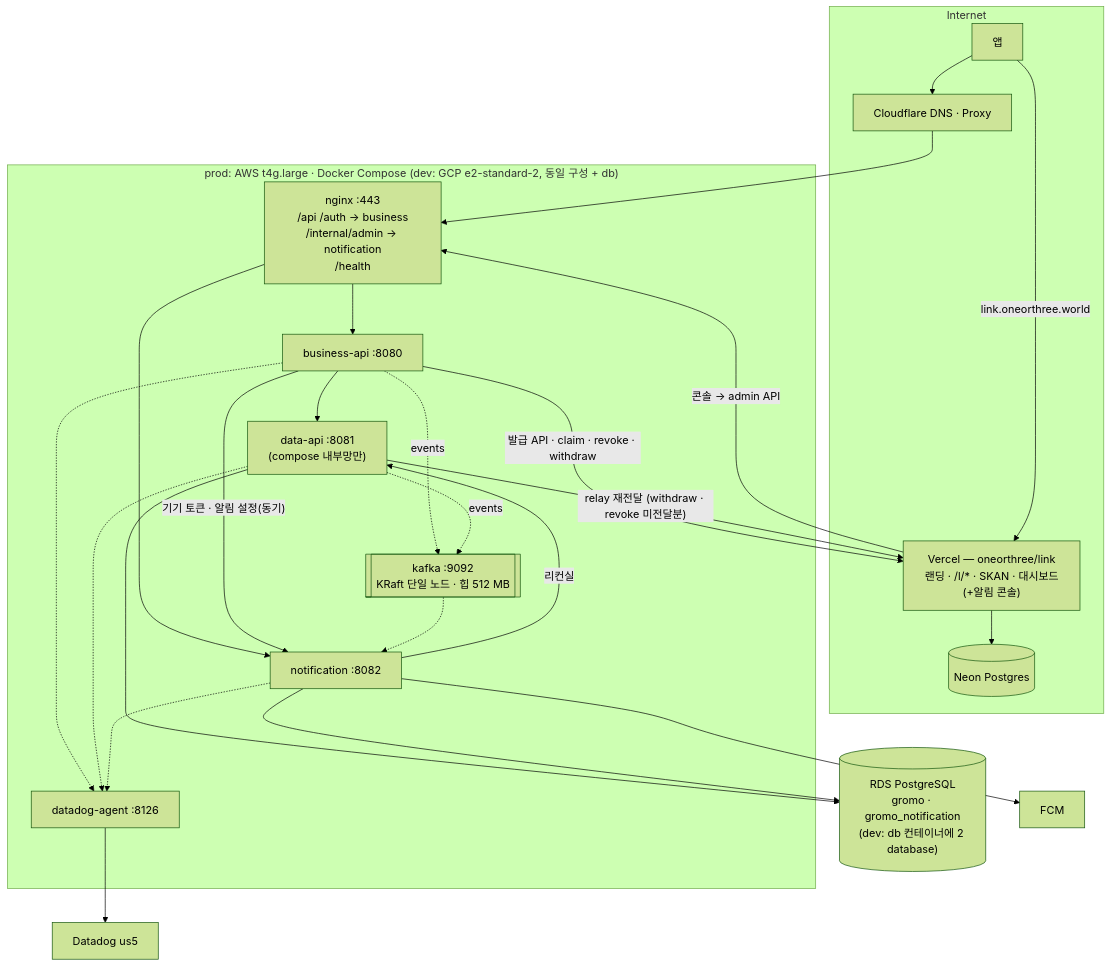
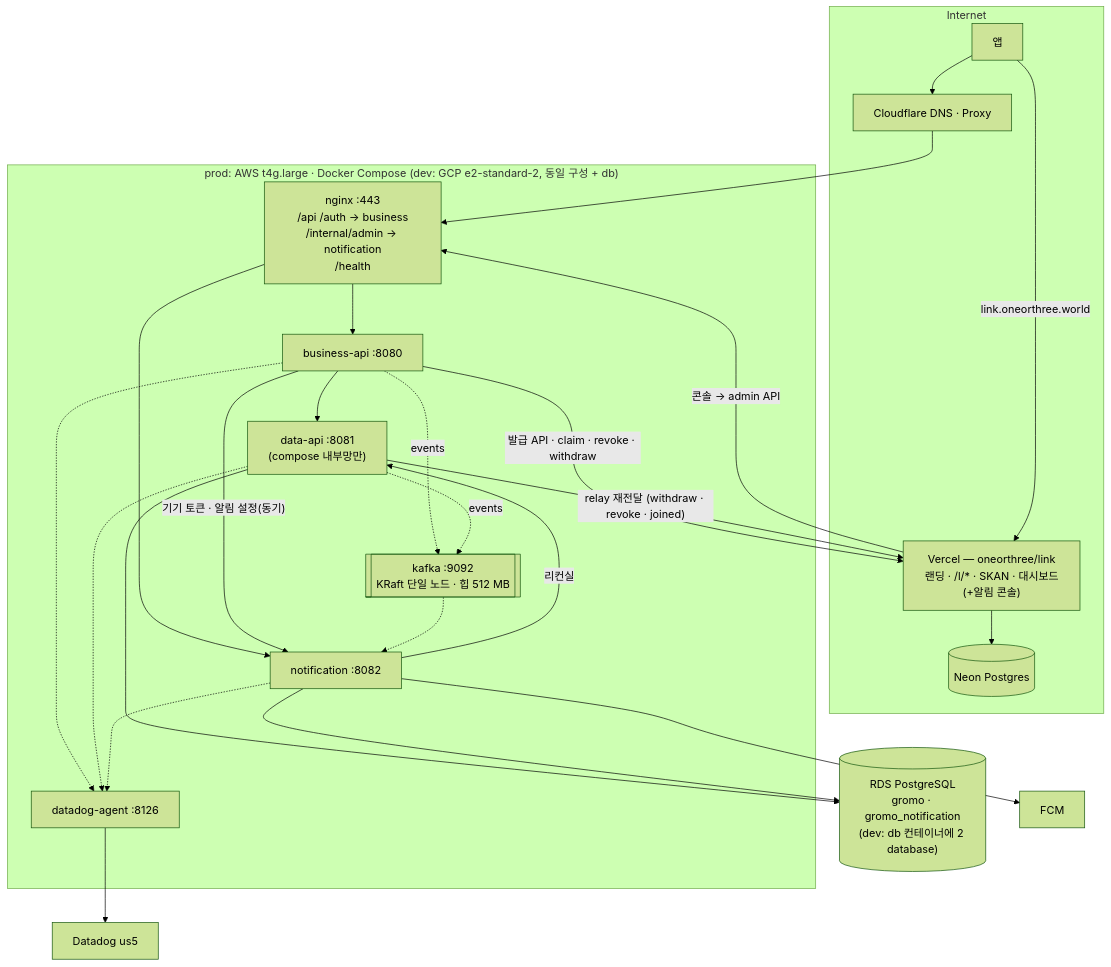
One commit to OneOrThree/phone changed the diagram in docs/architecture/system-architecture.md. Above: the diagram before and after it, drawn with Mermaid (forest theme). The commit also changed other lines of this file and 3 other files, not shown here.

````diff
--- a/docs/architecture/system-architecture.md
+++ b/docs/architecture/system-architecture.md
@@ -16,38 +16,38 @@
 ```mermaid
 flowchart TB
   subgraph Internet
     APPc["앱"]
     CF["Cloudflare DNS · Proxy"]
     VERCEL["Vercel — oneorthree/link<br/>랜딩 · /l/* · SKAN · 대시보드(+알림 콘솔)"]
     NEON[("Neon Postgres")]
   end
   subgraph VM["prod: AWS t4g.large · Docker Compose (dev: GCP e2-standard-2, 동일 구성 + db)"]
     NX["nginx :443<br/>/api /auth → business<br/>/internal/admin → notification<br/>/health"]
     BIZ["business-api :8080"]
     DATA["data-api :8081<br/>(compose 내부망만)"]
     NS["notification :8082"]
     KF[["kafka :9092<br/>KRaft 단일 노드 · 힙 512 MB"]]
     DDA["datadog-agent :8126"]
   end
   RDS[("RDS PostgreSQL<br/>gromo · gromo_notification<br/>(dev: db 컨테이너에 2 database)")]
   FCM["FCM"]
   DD["Datadog us5"]
 
   APPc --> CF --> NX
   APPc -->|"link.oneorthree.world"| VERCEL --> NEON
   NX --> BIZ
   NX --> NS
   BIZ --> DATA
   BIZ -->|"기기 토큰 · 알림 설정(동기)"| NS
   BIZ -.->|"events"| KF
   DATA -.->|"events"| KF
   KF -.-> NS
   NS -->|"리컨실"| DATA
   BIZ -->|"발급 API · claim · revoke · withdraw"| VERCEL
-  DATA -->|"relay 재전달 (withdraw · revoke 미전달분)"| VERCEL
+  DATA -->|"relay 재전달 (withdraw · revoke · joined)"| VERCEL
   VERCEL -->|"콘솔 → admin API"| NX
   DATA --> RDS
   NS --> RDS
   NS --> FCM
   BIZ & DATA & NS -.-> DDA --> DD
 ```
````
